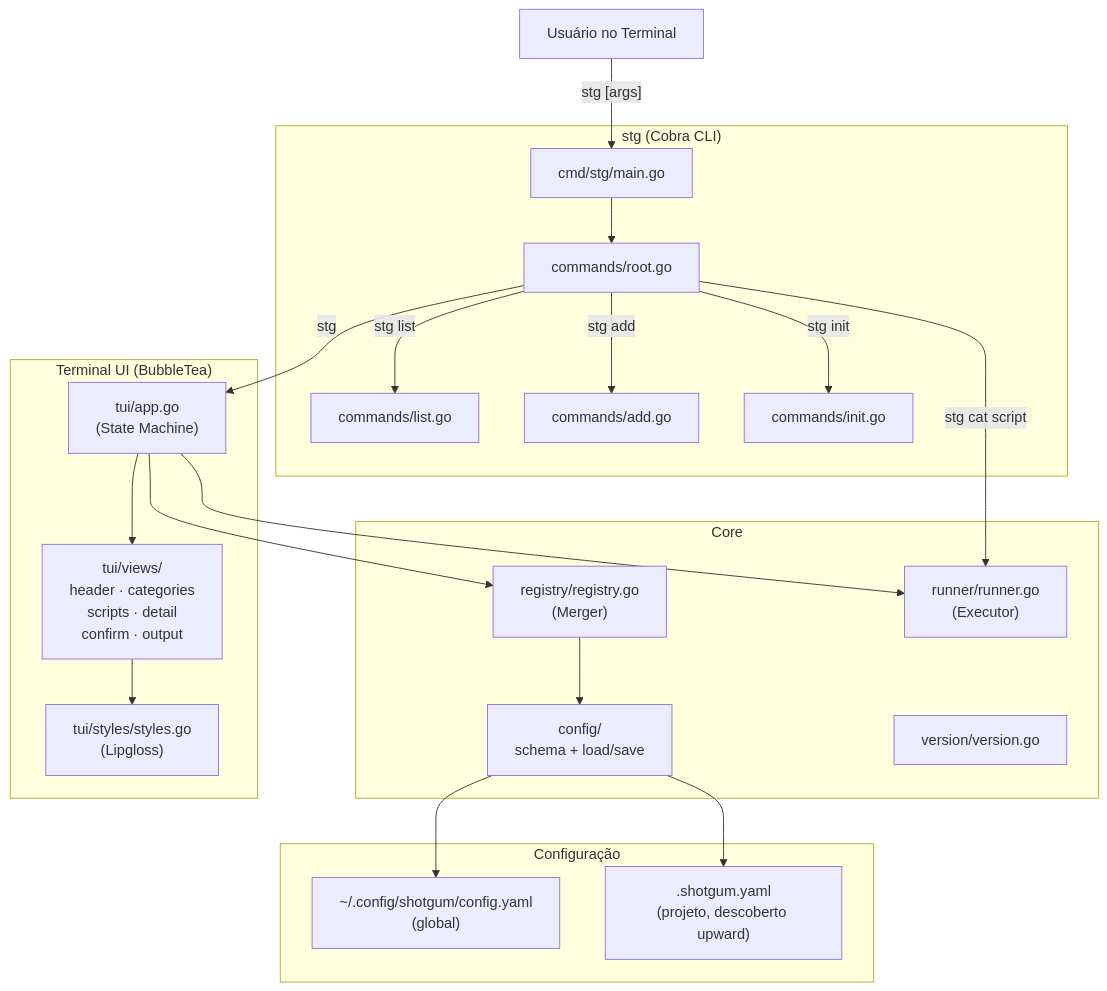
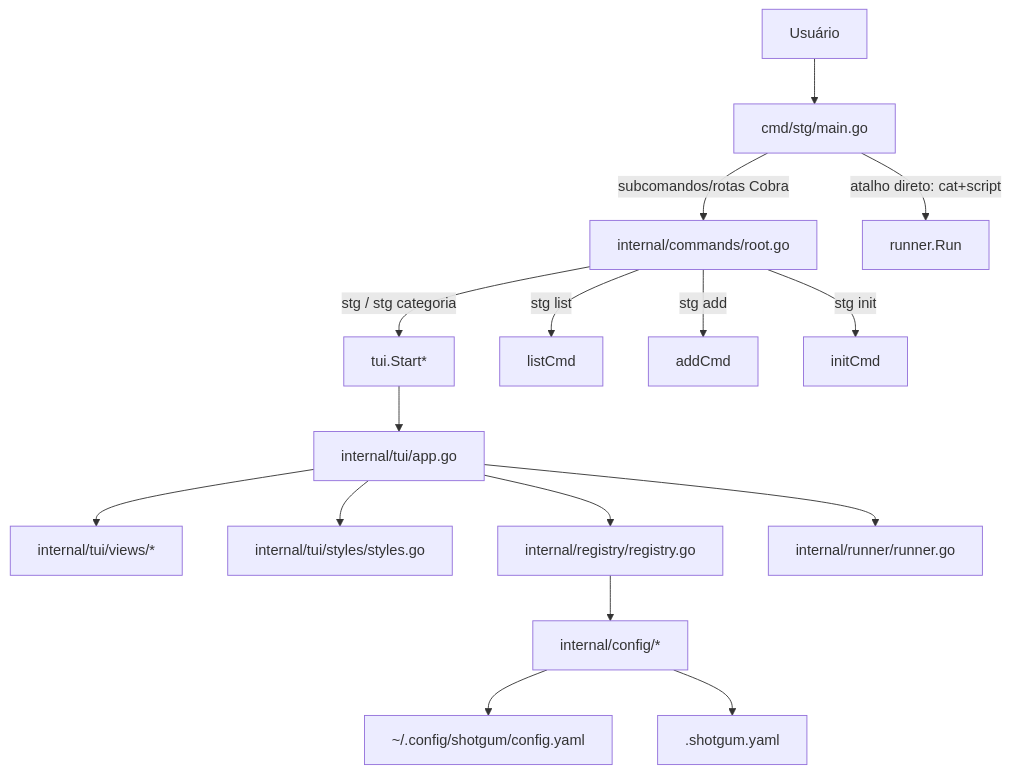
One commit to brunoomariano/ShotGum-Toolchain changed the diagram in docs/PRDs/00-overview.md. Above: the diagram before and after it, drawn with Mermaid. The commit also changed other lines of this file and 11 other files, not shown here.

````diff
--- a/docs/PRDs/00-overview.md
+++ b/docs/PRDs/00-overview.md
@@ -25,46 +19,22 @@
 ```mermaid
 graph TD
-    User["Usuário no Terminal"]
+    U[Usuário] --> M[cmd/stg/main.go]
 
-    subgraph CLI ["stg (Cobra CLI)"]
-        Main["cmd/stg/main.go"]
-        Root["commands/root.go"]
-        List["commands/list.go"]
-        Add["commands/add.go"]
-        Init["commands/init.go"]
-    end
+    M -->|subcomandos/rotas Cobra| C[internal/commands/root.go]
+    M -->|atalho direto: cat+script| R[runner.Run]
 
-    subgraph TUI ["Terminal UI (BubbleTea)"]
-        App["tui/app.go\n(State Machine)"]
-        Views["tui/views/\nheader · categories\nscripts · detail\nconfirm · output"]
-        Styles["tui/styles/styles.go\n(Lipgloss)"]
-    end
+    C -->|stg / stg categoria| T[tui.Start*]
+    C -->|stg list| L[listCmd]
+    C -->|stg add| A[addCmd]
+    C -->|stg init| I[initCmd]
 
-    subgraph Core ["Core"]
-        Registry["registry/registry.go\n(Merger)"]
-        Runner["runner/runner.go\n(Executor)"]
-        Config["config/\nschema + load/save"]
-        Version["version/version.go"]
-    end
+    T --> App[internal/tui/app.go]
+    App --> V[internal/tui/views/*]
+    App --> S[internal/tui/styles/styles.go]
+    App --> Reg[internal/registry/registry.go]
+    App --> Run[internal/runner/runner.go]
 
-    subgraph Storage ["Configuração"]
-        Global["~/.config/shotgum/config.yaml\n(global)"]
-        Local[".shotgum.yaml\n(projeto, descoberto upward)"]
-    end
-
-    User -->|"stg [args]"| Main
-    Main --> Root
-    Root -->|"stg"| App
-    Root -->|"stg list"| List
-    Root -->|"stg add"| Add
-    Root -->|"stg init"| Init
-    Root -->|"stg cat script"| Runner
-
-    App --> Views
-    Views --> Styles
-    App --> Registry
-    Registry --> Config
-    Config --> Global
-    Config --> Local
-    App --> Runner
+    Reg --> Cfg[internal/config/*]
+    Cfg --> G[~/.config/shotgum/config.yaml]
+    Cfg --> Lc[.shotgum.yaml]
 ```
````
